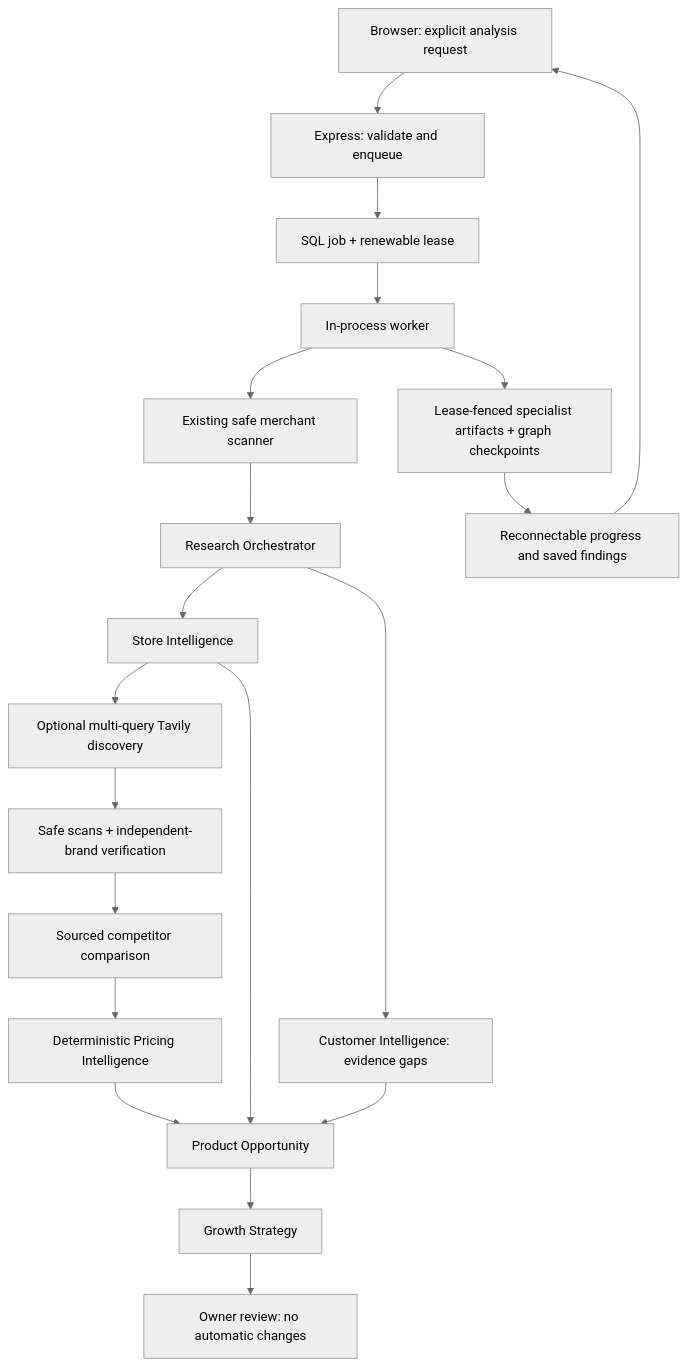
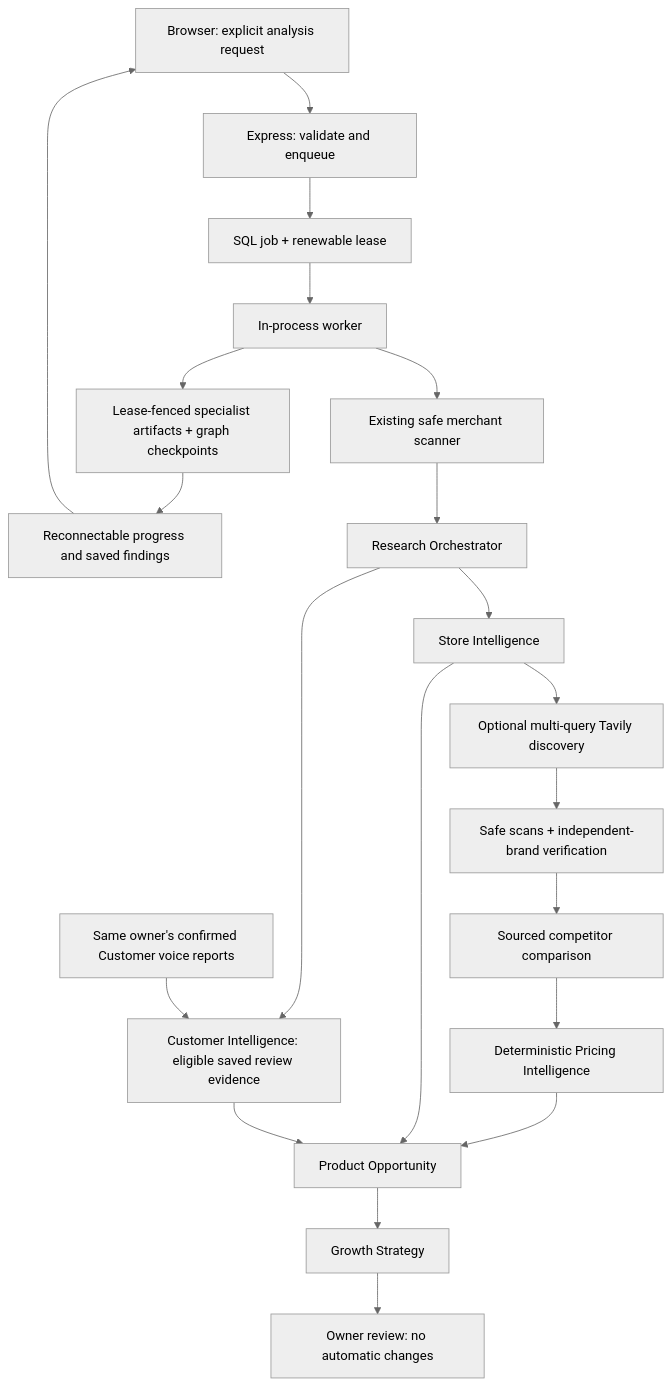
The diagram in README.md (srushti-learner/GrowthPulse), drawn with Mermaid (neutral theme) before and after one commit. The commit also changed other lines of this file and 65 other files, not shown here.

First line of the commit message:
Add weekly growth reviews and reliable evidence-backed agent workflows

````diff
--- a/README.md
+++ b/README.md
@@ -625,22 +710,23 @@
 ```mermaid
 flowchart TD
     Browser["Browser: explicit analysis request"] --> API["Express: validate and enqueue"]
     API --> Queue["SQL job + renewable lease"]
     Queue --> Worker["In-process worker"]
     Worker --> Scan["Existing safe merchant scanner"]
     Scan --> Coordinate["Research Orchestrator"]
     Coordinate --> Store["Store Intelligence"]
     Store --> Discovery["Optional multi-query Tavily discovery"]
-    Coordinate --> Customer["Customer Intelligence: evidence gaps"]
+    Coordinate --> Customer["Customer Intelligence: eligible saved review evidence"]
+    SavedReviews["Same owner's confirmed Customer voice reports"] --> Customer
     Discovery --> Verify["Safe scans + independent-brand verification"]
     Verify --> Competitor["Sourced competitor comparison"]
     Competitor --> Pricing["Deterministic Pricing Intelligence"]
     Store --> Opportunity["Product Opportunity"]
     Customer --> Opportunity
     Pricing --> Opportunity
     Opportunity --> Growth["Growth Strategy"]
     Growth --> Review["Owner review: no automatic changes"]
     Worker --> Journal["Lease-fenced specialist artifacts + graph checkpoints"]
     Journal --> Progress["Reconnectable progress and saved findings"]
     Progress --> Browser
 ```
````
